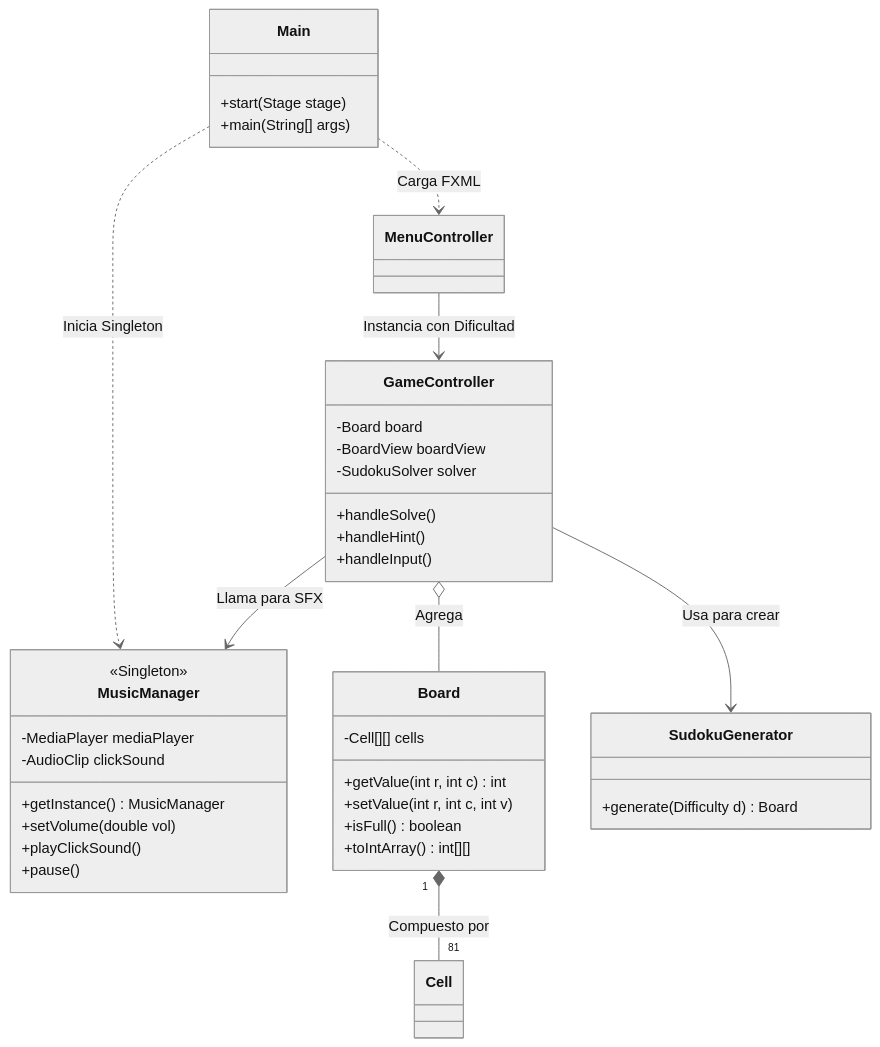
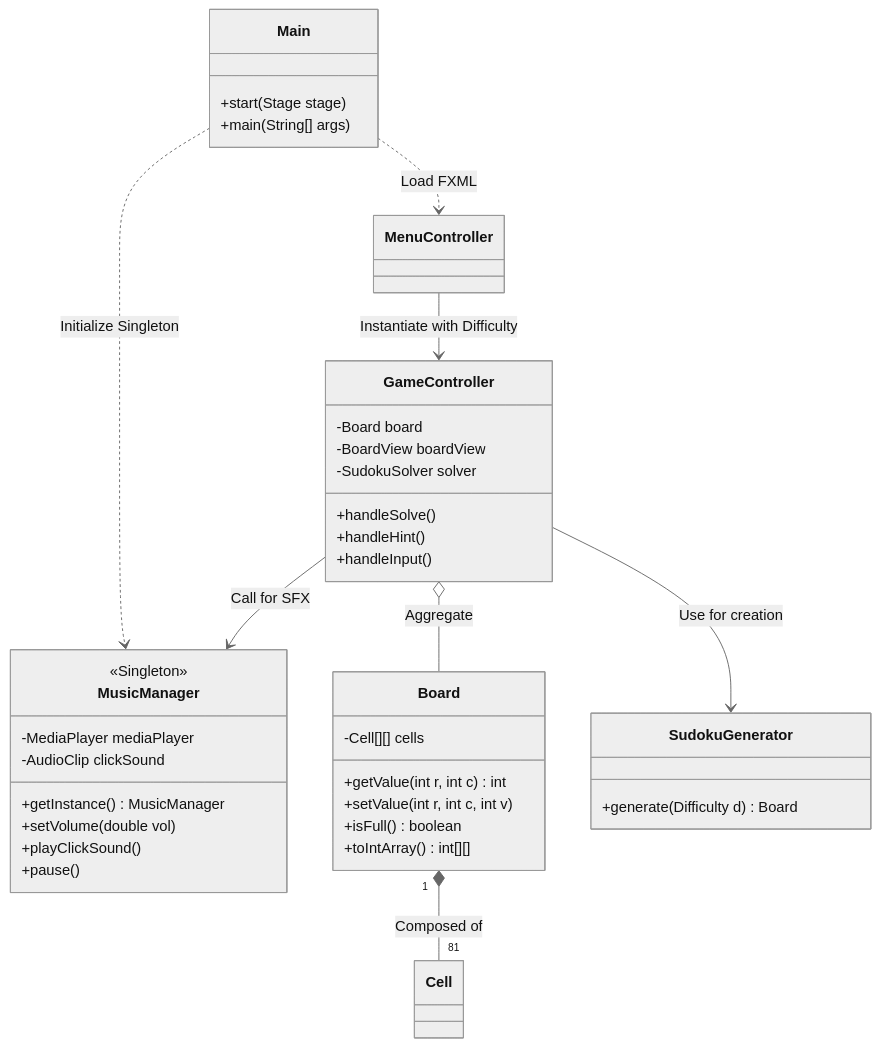
Before and after one commit to LastraMigue/Videogame-SUDOKU: the first of 6 diagrams in docs/DESIGN.md, drawn with Mermaid (neutral theme). The commit also changed other lines of this file, not shown here.

Commit message:
docs: translated all Mermaid diagrams to English in DESIGN.md

````diff
--- a/docs/DESIGN.md
+++ b/docs/DESIGN.md
@@ -10,48 +10,48 @@
 ```mermaid
 classDiagram
     direction TB
     
     class Main {
         +start(Stage stage)
         +main(String[] args)
     }
     
     class MusicManager {
         <<Singleton>>
         -MediaPlayer mediaPlayer
         -AudioClip clickSound
         +getInstance() MusicManager
         +setVolume(double vol)
         +playClickSound()
         +pause()
     }
     
     class Board {
         -Cell[][] cells
         +getValue(int r, int c) int
         +setValue(int r, int c, int v)
         +isFull() boolean
         +toIntArray() int[][]
     }
     
     class GameController {
         -Board board
         -BoardView boardView
         -SudokuSolver solver
         +handleSolve()
         +handleHint()
         +handleInput()
     }
     
     class SudokuGenerator {
         +generate(Difficulty d) Board
     }
 
-    Main ..> MusicManager : Inicia Singleton
-    Main ..> MenuController : Carga FXML
-    MenuController --> GameController : Instancia con Dificultad
-    GameController o-- Board : Agrega
-    GameController --> SudokuGenerator : Usa para crear
-    GameController --> MusicManager : Llama para SFX
-    Board "1" *-- "81" Cell : Compuesto por
+    Main ..> MusicManager : Initialize Singleton
+    Main ..> MenuController : Load FXML
+    MenuController --> GameController : Instantiate with Difficulty
+    GameController o-- Board : Aggregate
+    GameController --> SudokuGenerator : Use for creation
+    GameController --> MusicManager : Call for SFX
+    Board "1" *-- "81" Cell : Composed of
 ```
````
